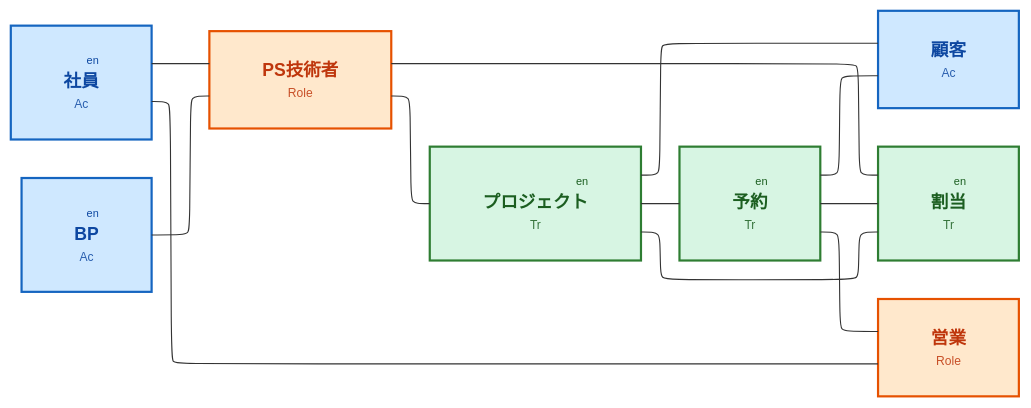
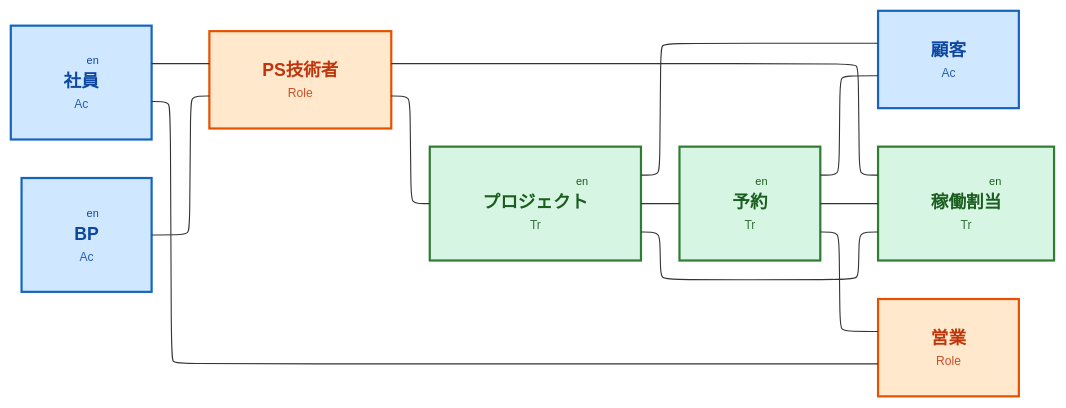
Before and after one commit to keisuke-ota-adc/AutoAssignAgent: the diagram in docs/data-model-flowchart.md, drawn with Mermaid. The commit also changed 4 other files, not shown here.

````diff
--- a/docs/data-model-flowchart.md
+++ b/docs/data-model-flowchart.md
@@ -5,38 +5,38 @@
 ```mermaid
 %%{init: {
   'flowchart': {
     'htmlLabels': true,
     'defaultRenderer': 'elk',
     'padding': 24
   }
 }}%%
 flowchart LR
   classDef ac fill:#cfe8ff,stroke:#1565c0,stroke-width:2px,color:#0d47a1
   classDef tr fill:#d7f5e3,stroke:#2e7d32,stroke-width:2px,color:#1b5e20
   classDef role fill:#ffe8cc,stroke:#e65100,stroke-width:2px,color:#bf360c
 
   cust["<div style='text-align:center;font-weight:600'>顧客</div><div style='text-align:center;font-size:11px;opacity:.85'>Ac</div>"]
   emp["<div style='font-size:10px;text-align:right'>en</div><div style='text-align:center;font-weight:600'>社員</div><div style='text-align:center;font-size:11px;opacity:.85'>Ac</div>"]
   bp["<div style='font-size:10px;text-align:right'>en</div><div style='text-align:center;font-weight:600'>BP</div><div style='text-align:center;font-size:11px;opacity:.85'>Ac</div>"]
   prj["<div style='font-size:10px;text-align:right'>en</div><div style='text-align:center;font-weight:600'>プロジェクト</div><div style='text-align:center;font-size:11px;opacity:.85'>Tr</div>"]
   res["<div style='font-size:10px;text-align:right'>en</div><div style='text-align:center;font-weight:600'>予約</div><div style='text-align:center;font-size:11px;opacity:.85'>Tr</div>"]
-  asn["<div style='font-size:10px;text-align:right'>en</div><div style='text-align:center;font-weight:600'>割当</div><div style='text-align:center;font-size:11px;opacity:.85'>Tr</div>"]
+  asn["<div style='font-size:10px;text-align:right'>en</div><div style='text-align:center;font-weight:600'>稼働割当</div><div style='text-align:center;font-size:11px;opacity:.85'>Tr</div>"]
   sls["<div style='text-align:center;font-weight:600'>営業</div><div style='text-align:center;font-size:11px;opacity:.85'>Role</div>"]
   ps["<div style='text-align:center;font-weight:600'>PS技術者</div><div style='text-align:center;font-size:11px;opacity:.85'>Role</div>"]
 
   prj --- cust
   prj --- res
   prj --- asn
   res --- cust
   res --- asn
   res --- sls
   emp --- sls
   emp --- ps
   bp --- ps
   ps --- prj
   ps --- asn
 
   class emp,cust,bp ac
   class res,asn,prj tr
   class ps,sls role
 ```
````
